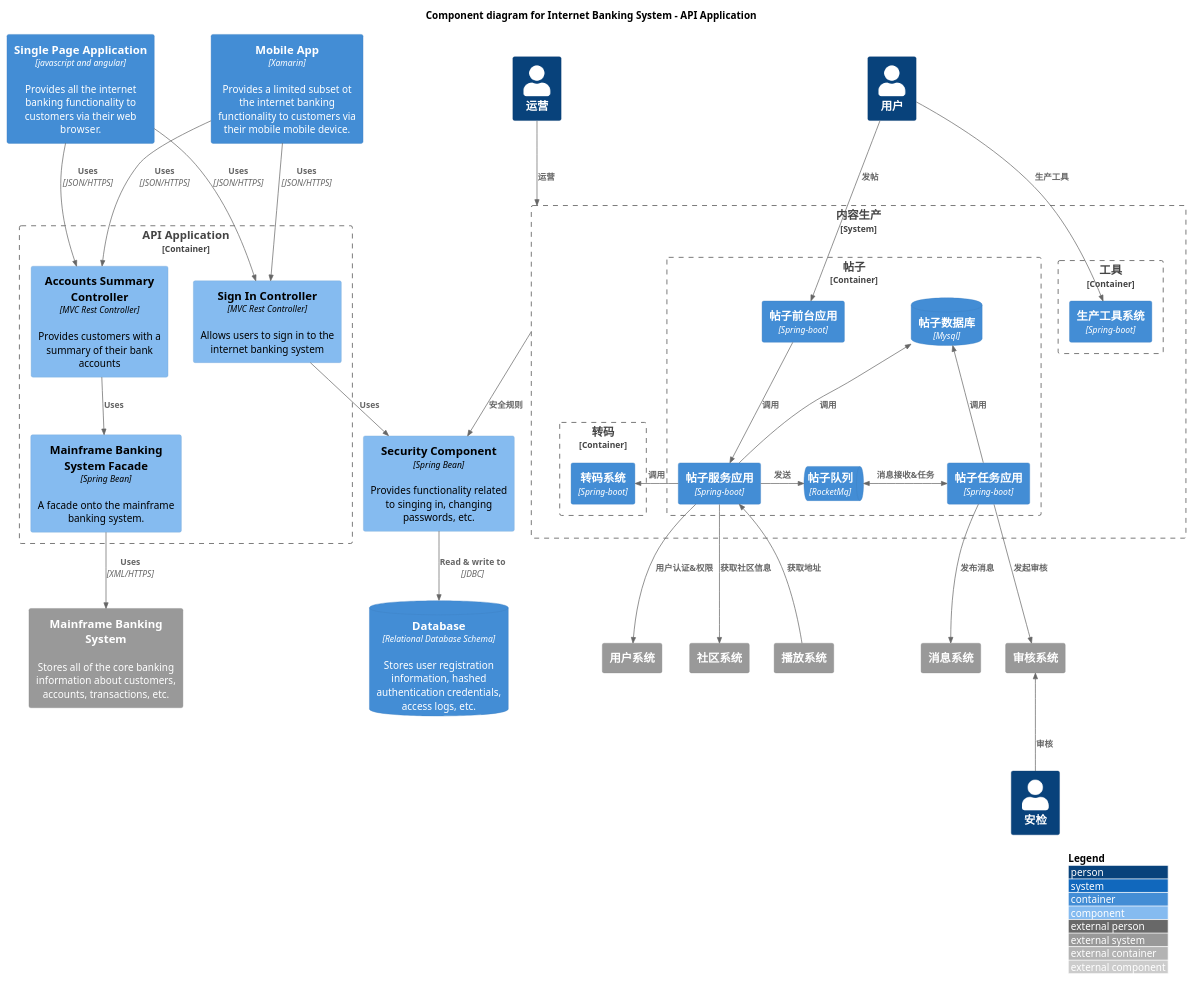
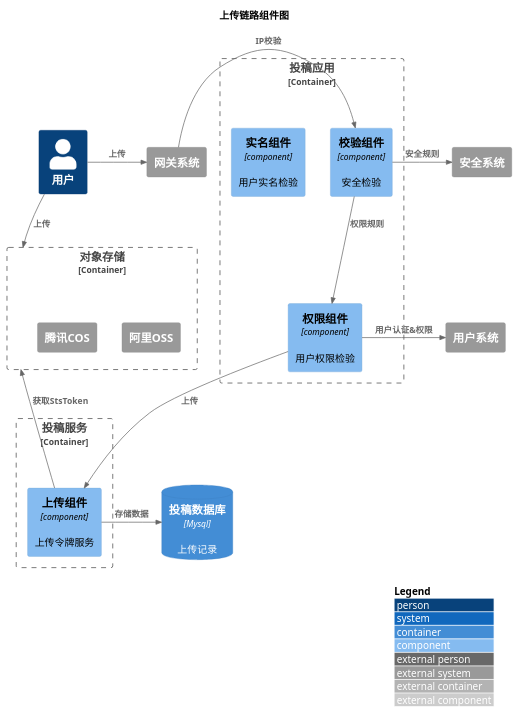
One commit to nxnnxn/community-doc changed the diagram in puml/content/content/add/component.puml. Above: the diagram before and after it, drawn with PlantUML. The commit also changed 9 other files, not shown here.

```diff
--- a/puml/content/content/add/component.puml
+++ b/puml/content/content/add/component.puml
@@ -1,81 +1,44 @@
 @startuml
 !include <C4/C4_Component>
 LAYOUT_WITH_LEGEND()
 
+title 上传链路组件图
+
 Person(user, "用户")
-Person(user1, "运营")
-Person(user2, "安检")
 
-System_Boundary(contentProduction, "内容生产"){
-    Container_Boundary(postBoundary, "帖子") {
-          Container(postFacade, "帖子前台应用","Spring-boot")
-          Container(postService, "帖子服务应用","Spring-boot")
-          Container(postJob, "帖子任务应用","Spring-boot")
-          ContainerDb(postDatabase, "帖子数据库", "Mysql")
-          ContainerQueue(postQueue, "帖子队列", "RocketMq")
-          Rel(postFacade, postService, "调用")
-          Rel_U(postService, postDatabase, "调用")
-          Rel_U(postJob, postDatabase, "调用")
-          Rel_R(postService,postQueue, "发送")
-          BiRel_R(postQueue,postJob, "消息接收&任务")
-    }
-     Container_Boundary(transcodeBoundary, "转码") {
-           Container(transcode, "转码系统","Spring-boot")
-     }
-    Container_Boundary(postToolBoundary, "工具") {
-         Container(postTool, "生产工具系统","Spring-boot")
-    }
-    Rel_L(postService, transcode, "调用")
-
+Container_Boundary(postFacade, "投稿应用"){
+    Component(checkComponent, "校验组件", "component", "安全检验")
+    Component(userComponent, "实名组件", "component", "用户实名检验")
+    Component(authComponent, "权限组件", "component", "用户权限检验")
 }
 
+Container_Boundary(postService, "投稿服务"){
+    Component(uploadComponent, "上传组件", "component", "上传令牌服务")
+    Rel(checkComponent, authComponent, "权限规则")
+    Rel(authComponent, uploadComponent, "上传")
+}
+
+Container_Boundary("objectStorage", "对象存储"){
+    System_Ext(oss,"阿里OSS")
+    System_Ext(cos,"腾讯COS")
+}
+
+System_Ext(gateway,"网关系统")
 System_Ext(security,"安全系统")
 System_Ext(userSystem,"用户系统")
-System_Ext(community, "社区系统")
-System_Ext(audit, "审核系统")
-System_Ext(message, "消息系统")
-System_Ext(play, "播放系统")
-
-
-Rel(user, postFacade, "发帖")
-Rel(user, postTool, "生产工具")
-Rel(user1,contentProduction, "运营")
-
-Rel(contentProduction, security, "安全规则")
-Rel(postService, userSystem, "用户认证&权限")
-Rel(postService, community, "获取社区信息")
-Rel(postJob, message, "发布消息")
-Rel(postJob, audit, "发起审核")
-Rel_U(play, postService, "获取地址")
-Rel_U(user2, audit, "审核")
+ContainerDb(db, "投稿数据库", "Mysql","上传记录")
 
 
 
-LAYOUT_WITH_LEGEND()
+Rel_R(user, gateway, "上传")
+Rel(user, objectStorage, "上传")
+Rel_R(gateway, checkComponent, "IP校验")
+Rel_R(checkComponent, security, "安全规则")
+Rel_R(authComponent, userSystem, "用户认证&权限")
+Rel_L(uploadComponent, objectStorage, "获取StsToken")
+Rel_R(uploadComponent, db, "存储数据")
 
-title Component diagram for Internet Banking System - API Application
 
-Container(spa, "Single Page Application", "javascript and angular", "Provides all the internet banking functionality to customers via their web browser.")
-Container(ma, "Mobile App", "Xamarin", "Provides a limited subset ot the internet banking functionality to customers via their mobile mobile device.")
-ContainerDb(db, "Database", "Relational Database Schema", "Stores user registration information, hashed authentication credentials, access logs, etc.")
-System_Ext(mbs, "Mainframe Banking System", "Stores all of the core banking information about customers, accounts, transactions, etc.")
 
-Container_Boundary(api, "API Application") {
-    Component(sign, "Sign In Controller", "MVC Rest Controller", "Allows users to sign in to the internet banking system")
-    Component(accounts, "Accounts Summary Controller", "MVC Rest Controller", "Provides customers with a summary of their bank accounts")
-    Component(security, "Security Component", "Spring Bean", "Provides functionality related to singing in, changing passwords, etc.")
-    Component(mbsfacade, "Mainframe Banking System Facade", "Spring Bean", "A facade onto the mainframe banking system.")
-
-    Rel(sign, security, "Uses")
-    Rel(accounts, mbsfacade, "Uses")
-    Rel(security, db, "Read & write to", "JDBC")
-    Rel(mbsfacade, mbs, "Uses", "XML/HTTPS")
-}
-
-Rel(spa, sign, "Uses", "JSON/HTTPS")
-Rel(spa, accounts, "Uses", "JSON/HTTPS")
-
-Rel(ma, sign, "Uses", "JSON/HTTPS")
-Rel(ma, accounts, "Uses", "JSON/HTTPS")
 
 @enduml
```
